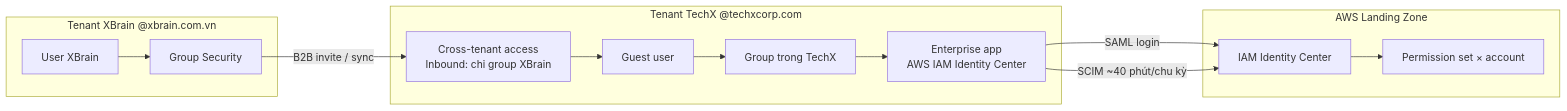
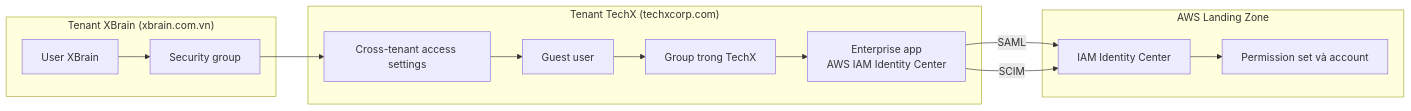
Before and after one commit to thidinh-xbrain2/techx-devops-docs: the first of 2 diagrams in docs/01-cross-tenant-access.md, drawn with Mermaid. The commit also changed other lines of this file and 2 other files, not shown here.

Commit message:
docs: rewrite cross-tenant doc in AWS docs style, update template

````diff
--- a/docs/01-cross-tenant-access.md
+++ b/docs/01-cross-tenant-access.md
@@ -17,18 +15,18 @@
 ```mermaid
 flowchart LR
-  subgraph X[Tenant XBrain @xbrain.com.vn]
-    XU[User XBrain] --> XG[Group Security]
+  subgraph X["Tenant XBrain (xbrain.com.vn)"]
+    XU[User XBrain] --> XG[Security group]
   end
-  subgraph T[Tenant TechX @techxcorp.com]
-    CTA[Cross-tenant access<br/>Inbound: chỉ group XBrain]
+  subgraph T["Tenant TechX (techxcorp.com)"]
+    CTA[Cross-tenant access settings]
     GU[Guest user]
     TG[Group trong TechX]
     APP[Enterprise app<br/>AWS IAM Identity Center]
   end
   subgraph A[AWS Landing Zone]
-    IIC[IAM Identity Center] --> PS[Permission set × account]
+    IIC[IAM Identity Center] --> PS[Permission set và account]
   end
-  XG -->|B2B invite / sync| CTA --> GU --> TG --> APP
-  APP -->|SAML login| IIC
-  APP -->|SCIM ~40 phút/chu kỳ| IIC
+  XG --> CTA --> GU --> TG --> APP
+  APP -->|SAML| IIC
+  APP -->|SCIM| IIC
 ```
````
